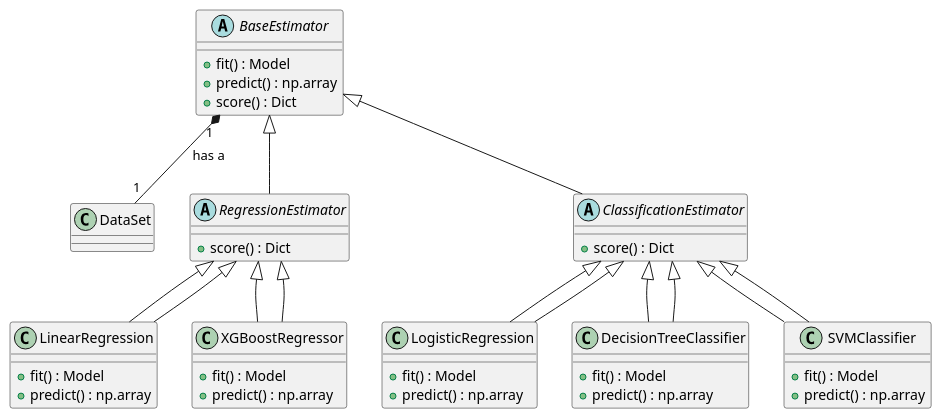
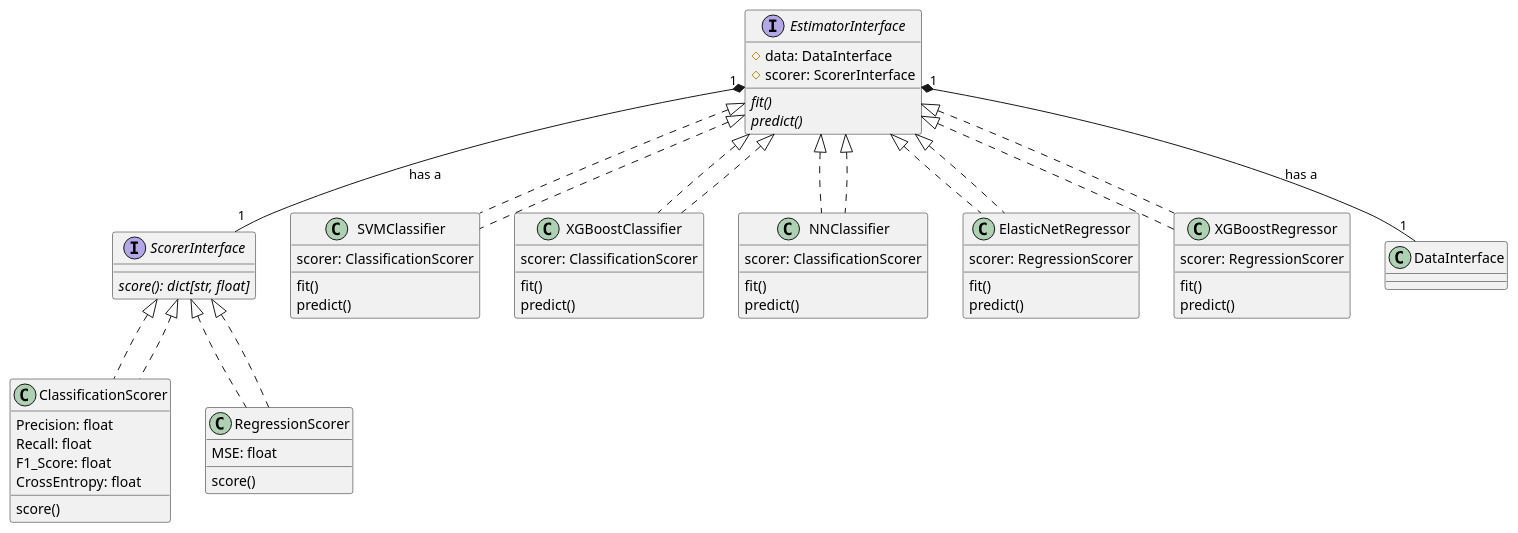
The diagram in docs/uml/estimator.puml (tloeber/ML-interfaces), drawn with PlantUML before and after one commit. The commit also changed 3 other files, not shown here.

Commit message:
Use Interfaces instead of abstract classes for estimator.

```diff
--- a/docs/uml/estimator.puml
+++ b/docs/uml/estimator.puml
@@ -1,53 +1,68 @@
 @startuml
-class DataSet {
+' Definition for ScorerInterface
+interface ScorerInterface {
+  {abstract} score(): dict[str, float]
 }
 
-abstract class BaseEstimator {
-  + fit() : Model
-  + predict() : np.array
-  + score() : Dict
+class ClassificationScorer implements ScorerInterface {
+  Precision: float
+  Recall: float
+  F1_Score: float
+  CrossEntropy: float
+  score()
 }
 
-BaseEstimator "1" *-- "1" DataSet : has a
-
-abstract class RegressionEstimator {
-  + score() : Dict
+class RegressionScorer implements ScorerInterface {
+  MSE: float
+  score()
 }
 
-class LinearRegression extends RegressionEstimator {
-  + fit() : Model
-  + predict() : np.array
+ScorerInterface <|.. ClassificationScorer
+ScorerInterface <|.. RegressionScorer
+
+' Definition for EstimatorInterface
+interface EstimatorInterface {
+  #data: DataInterface
+  #scorer: ScorerInterface
+  {abstract} fit()
+  {abstract} predict()
 }
 
-class XGBoostRegressor extends RegressionEstimator {
-  + fit() : Model
-  + predict() : np.array
+class SVMClassifier implements EstimatorInterface {
+  fit()
+  predict()
+  scorer: ClassificationScorer
 }
 
-abstract class ClassificationEstimator {
-  + score() : Dict
+class XGBoostClassifier implements EstimatorInterface {
+  fit()
+  predict()
+  scorer: ClassificationScorer
 }
 
-class LogisticRegression extends ClassificationEstimator {
-  + fit() : Model
-  + predict() : np.array
+class NNClassifier implements EstimatorInterface {
+  fit()
+  predict()
+  scorer: ClassificationScorer
 }
 
-class DecisionTreeClassifier extends ClassificationEstimator {
-  + fit() : Model
-  + predict() : np.array
+class ElasticNetRegressor implements EstimatorInterface {
+  fit()
+  predict()
+  scorer: RegressionScorer
 }
 
-class SVMClassifier extends ClassificationEstimator {
-  + fit() : Model
-  + predict() : np.array
+class XGBoostRegressor implements EstimatorInterface {
+  fit()
+  predict()
+  scorer: RegressionScorer
 }
 
-BaseEstimator <|-- RegressionEstimator
-BaseEstimator <|-- ClassificationEstimator
-RegressionEstimator <|-- LinearRegression
-RegressionEstimator <|-- XGBoostRegressor
-ClassificationEstimator <|-- LogisticRegression
-ClassificationEstimator <|-- DecisionTreeClassifier
-ClassificationEstimator <|-- SVMClassifier
+EstimatorInterface <|.. SVMClassifier
+EstimatorInterface <|.. XGBoostClassifier
+EstimatorInterface <|.. NNClassifier
+EstimatorInterface <|.. ElasticNetRegressor
+EstimatorInterface <|.. XGBoostRegressor
+EstimatorInterface "1" *-- "1" ScorerInterface: has a
+EstimatorInterface "1" *-- "1" DataInterface: has a
 @enduml
```
